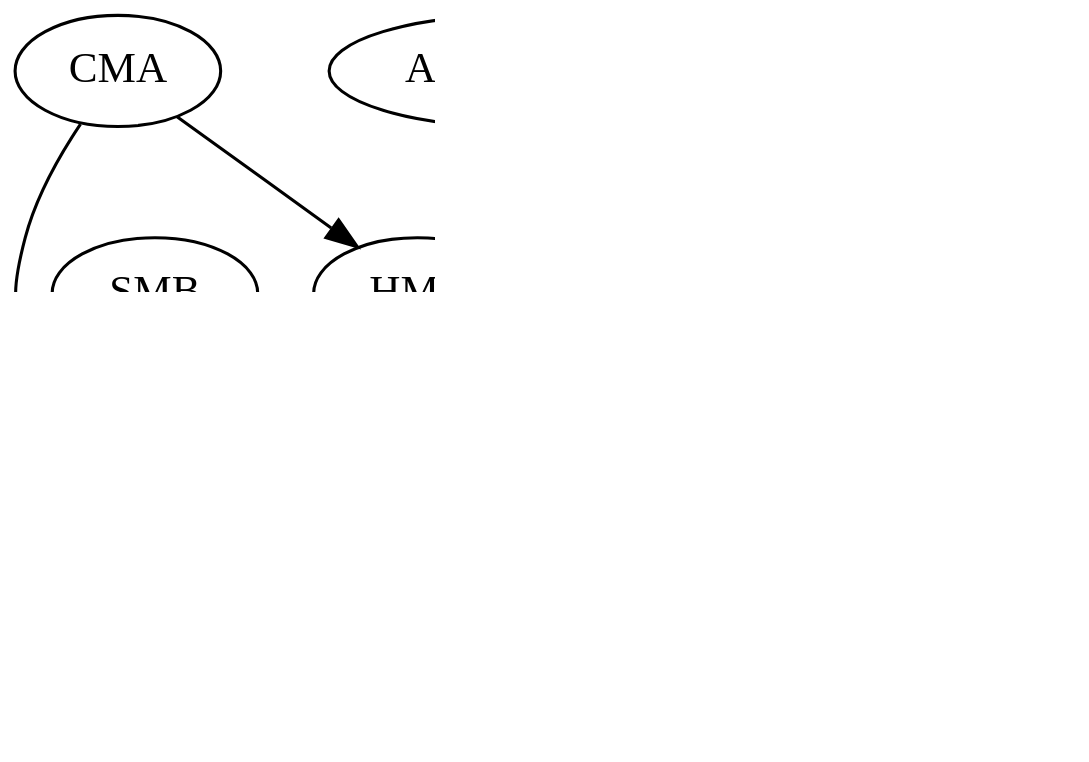
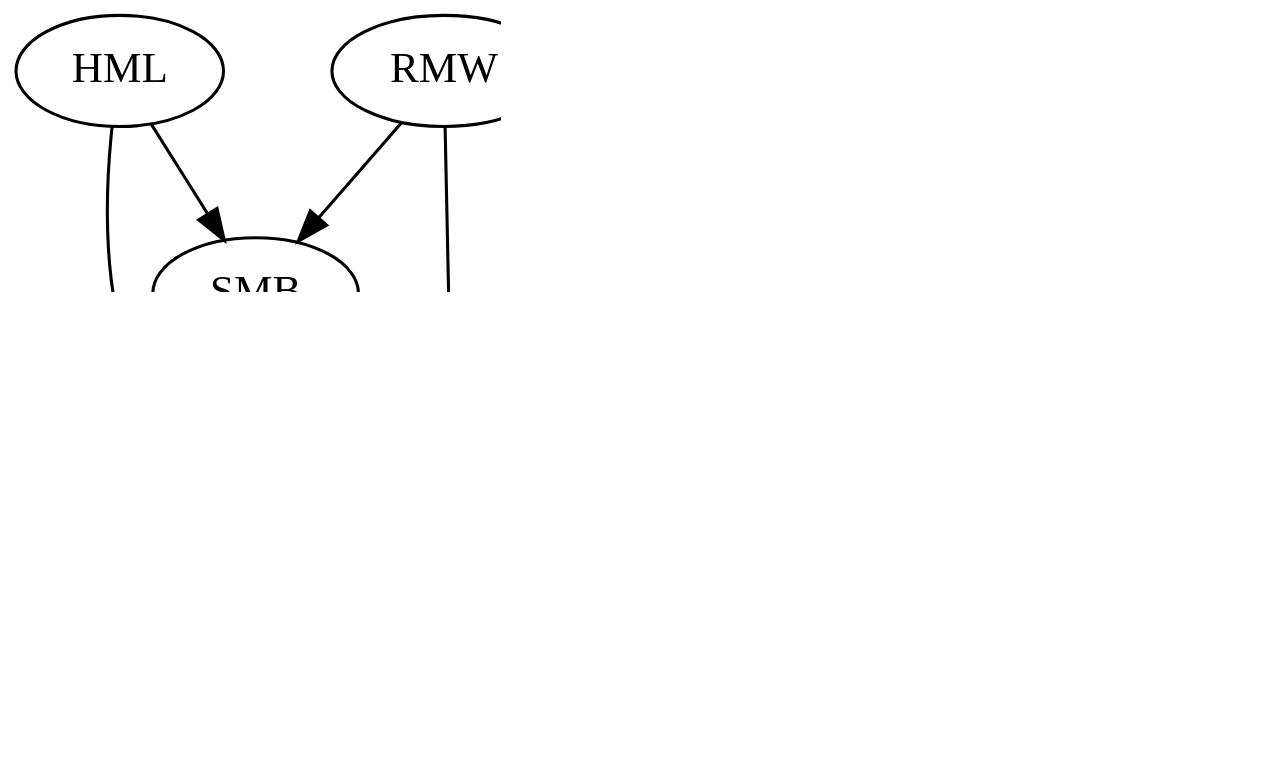
One commit to urvimehta20/STATS571_CausalProject changed the diagram in discovery2/outputs/cdnod_famafrench.dot. Above: the diagram before and after it, drawn with Graphviz. The commit also changed 7 other files, not shown here.

```diff
--- a/discovery2/outputs/cdnod_famafrench.dot
+++ b/discovery2/outputs/cdnod_famafrench.dot
@@ -1,21 +1,22 @@
 digraph {
 fontsize=18;
 dpi=200;
 0 [label="Mkt_RF"];
 1 [label=SMB];
 2 [label=HML];
 3 [label=RMW];
 4 [label=CMA];
 5 [label=RF];
 6 [label="AAPL_RET"];
 7 [label="context_time"];
 1 -> 0 [dir=both, arrowtail=none, arrowhead=normal];
 3 -> 0 [dir=both, arrowtail=none, arrowhead=normal];
-4 -> 0 [dir=both, arrowtail=none, arrowhead=normal];
+0 -> 4 [dir=both, arrowtail=none, arrowhead=normal];
 6 -> 0 [dir=both, arrowtail=none, arrowhead=normal];
-1 -> 3 [dir=both, arrowtail=none, arrowhead=normal];
-2 -> 3 [dir=both, arrowtail=none, arrowhead=normal];
-4 -> 2 [dir=both, arrowtail=none, arrowhead=normal];
-6 -> 2 [dir=both, arrowtail=none, arrowhead=normal];
+2 -> 1 [dir=both, arrowtail=none, arrowhead=normal];
+3 -> 1 [dir=both, arrowtail=none, arrowhead=normal];
+2 -> 4 [dir=both, arrowtail=none, arrowhead=normal];
+3 -> 4 [dir=both, arrowtail=none, arrowhead=normal];
+6 -> 4 [dir=both, arrowtail=none, arrowhead=normal];
 7 -> 5 [dir=both, arrowtail=none, arrowhead=normal];
 }
```
